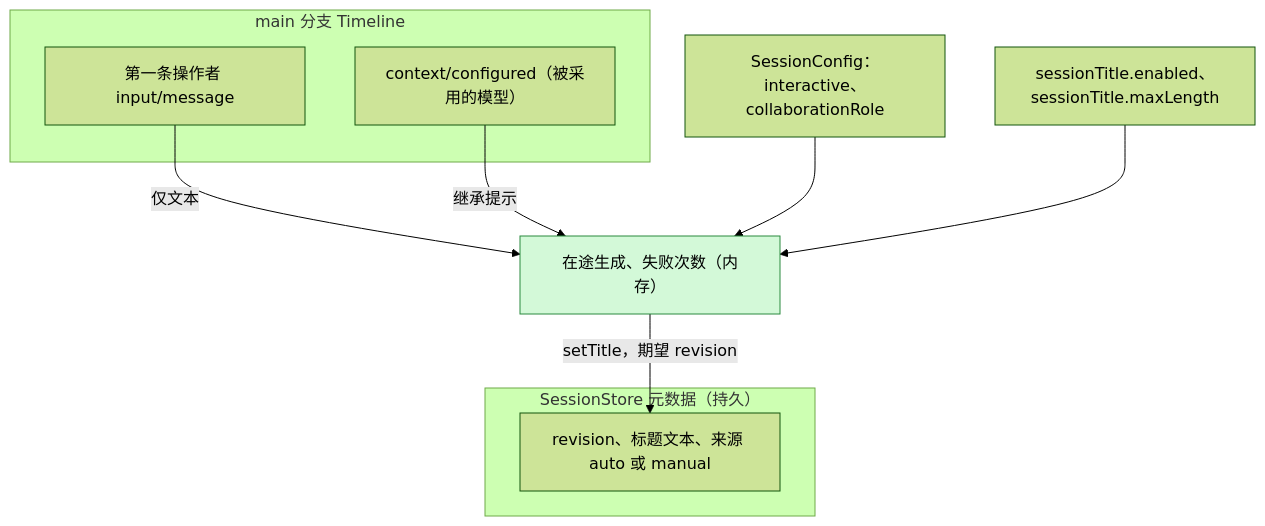
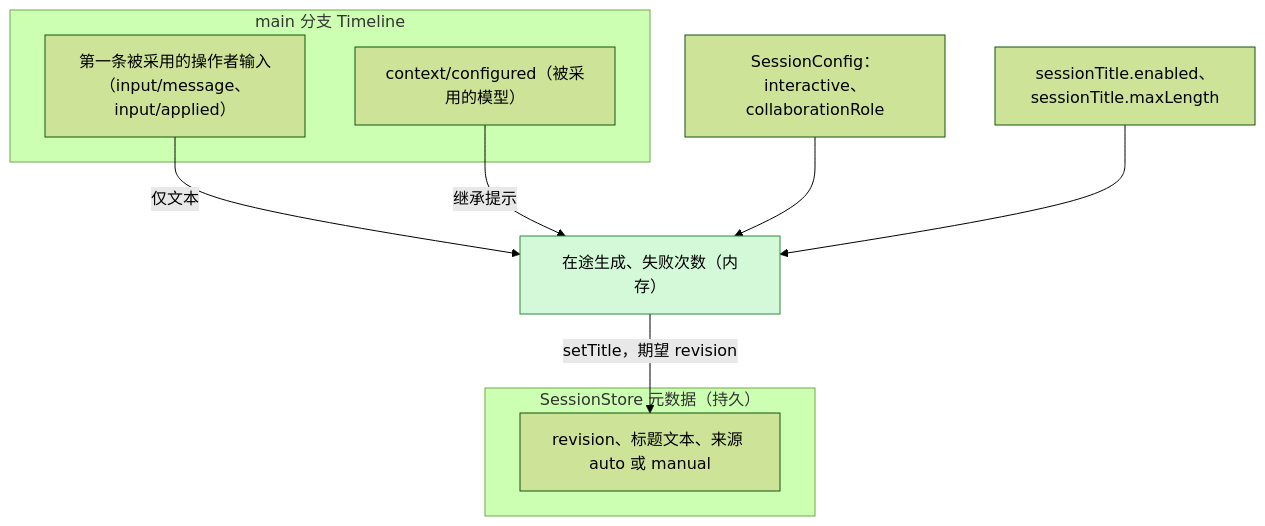
The second of 5 diagrams in docs/zh/design/plugins/SessionTitle.md (CoutinhoTTS/dim-agent), drawn with Mermaid (forest theme) before and after one commit. The commit also changed other lines of this file and 42 other files, not shown here.

````diff
--- a/docs/zh/design/plugins/SessionTitle.md
+++ b/docs/zh/design/plugins/SessionTitle.md
@@ -42,19 +43,19 @@
 ```mermaid
 flowchart TB
   subgraph TLM["main 分支 Timeline"]
-    FUI["第一条操作者 input/message"]
+    FUI["第一条被采用的操作者输入（input/message、input/applied）"]
     CC["context/configured（被采用的模型）"]
   end
   subgraph STORE["SessionStore 元数据（持久）"]
     MD["revision、标题文本、来源 auto 或 manual"]
   end
   CONF["SessionConfig：interactive、collaborationRole"]
   CFG["sessionTitle.enabled、sessionTitle.maxLength"]
   MEM["在途生成、失败次数（内存）"]:::new
   FUI -->|"仅文本"| MEM
   CC -->|"继承提示"| MEM
   CONF --> MEM
   CFG --> MEM
   MEM -->|"setTitle，期望 revision"| MD
   classDef new fill:#d3f9d8,stroke:#2b8a3e,color:#000
 ```
````
